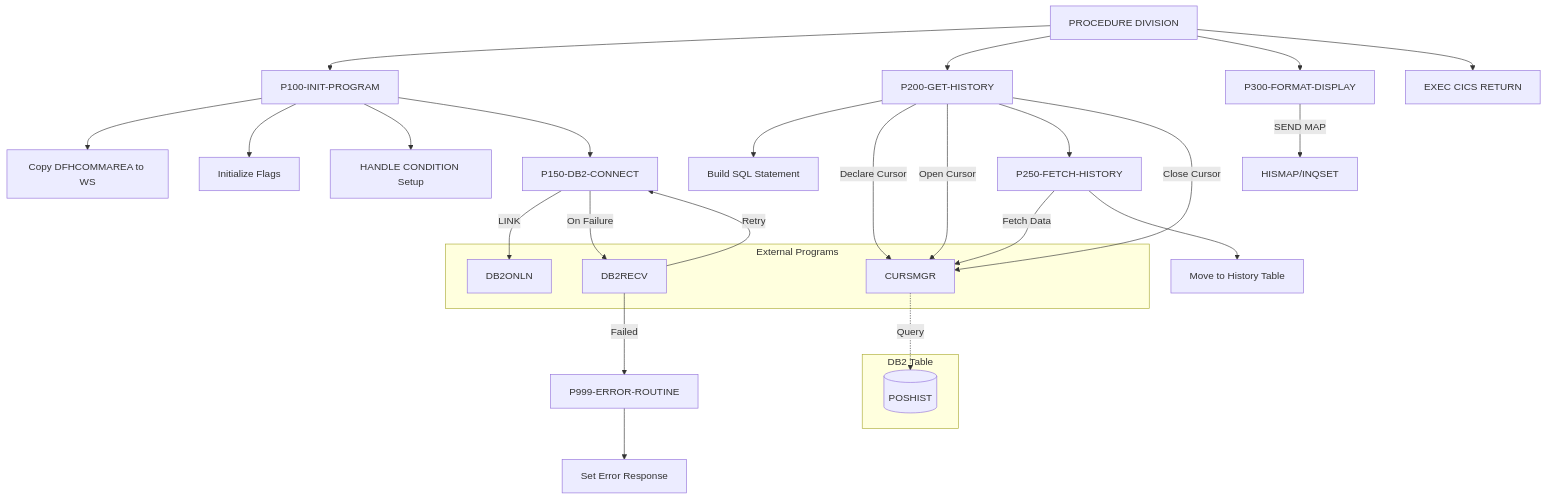
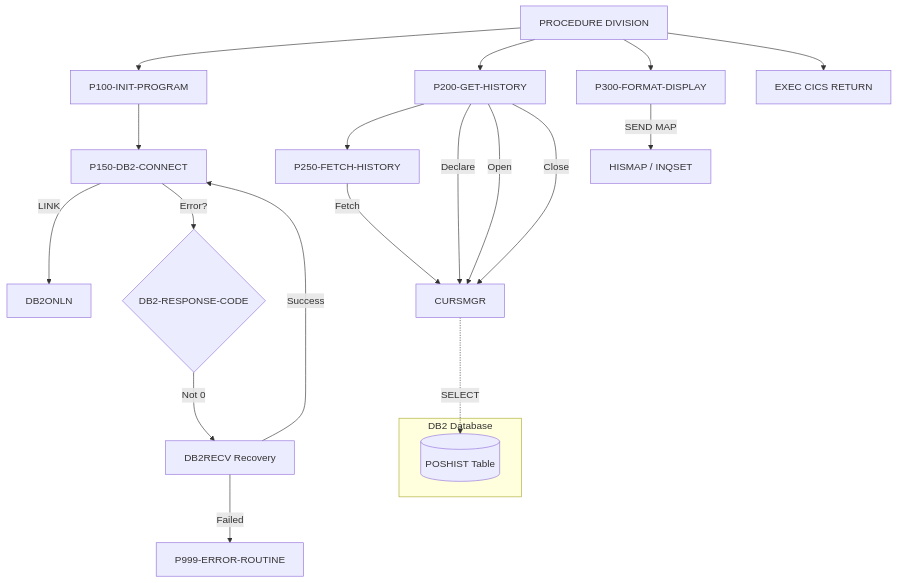
One commit to haladir-com/legacy-benchmark-docs-vb70e1 changed the diagram in docs/programs/INQHIST.mdx. Above: the diagram before and after it, drawn with Mermaid. The commit also changed other lines of this file and 63 other files, not shown here.

````diff
--- a/docs/programs/INQHIST.mdx
+++ b/docs/programs/INQHIST.mdx
@@ -21,42 +19,28 @@
 ```mermaid
 graph TD
     A[PROCEDURE DIVISION] --> B[P100-INIT-PROGRAM]
-    A --> C[P200-GET-HISTORY]
-    A --> D[P300-FORMAT-DISPLAY]
-    A --> E[EXEC CICS RETURN]
+    B --> C[P150-DB2-CONNECT]
+    A --> D[P200-GET-HISTORY]
+    D --> E[P250-FETCH-HISTORY]
+    A --> F[P300-FORMAT-DISPLAY]
+    A --> G[EXEC CICS RETURN]
     
-    B --> F[Copy DFHCOMMAREA to WS]
-    B --> G[Initialize Flags]
-    B --> H[HANDLE CONDITION Setup]
-    B --> I[P150-DB2-CONNECT]
+    C -->|LINK| H[DB2ONLN]
+    C -->|Error?| I{DB2-RESPONSE-CODE}
+    I -->|Not 0| J[DB2RECV Recovery]
+    J -->|Success| C
+    J -->|Failed| K[P999-ERROR-ROUTINE]
     
-    I -->|LINK| J[DB2ONLN]
-    I -->|On Failure| K[DB2RECV]
-    K -->|Retry| I
-    K -->|Failed| L[P999-ERROR-ROUTINE]
+    D -->|Declare| L[CURSMGR]
+    D -->|Open| L
+    E -->|Fetch| L
+    D -->|Close| L
     
-    C --> M[Build SQL Statement]
-    C -->|Declare Cursor| N[CURSMGR]
-    C -->|Open Cursor| N
-    C --> O[P250-FETCH-HISTORY]
-    C -->|Close Cursor| N
+    F -->|SEND MAP| M[HISMAP / INQSET]
     
-    O -->|Fetch Data| N
-    O --> P[Move to History Table]
-    
-    D -->|SEND MAP| Q[HISMAP/INQSET]
-    
-    L --> R[Set Error Response]
-    
-    subgraph "External Programs"
-        J
-        K
-        N
+    subgraph "DB2 Database"
+        N[(POSHIST Table)]
     end
     
-    subgraph "DB2 Table"
-        S[(POSHIST)]
-    end
-    
-    N -.->|Query| S
+    L -.->|SELECT| N
 ```
````
